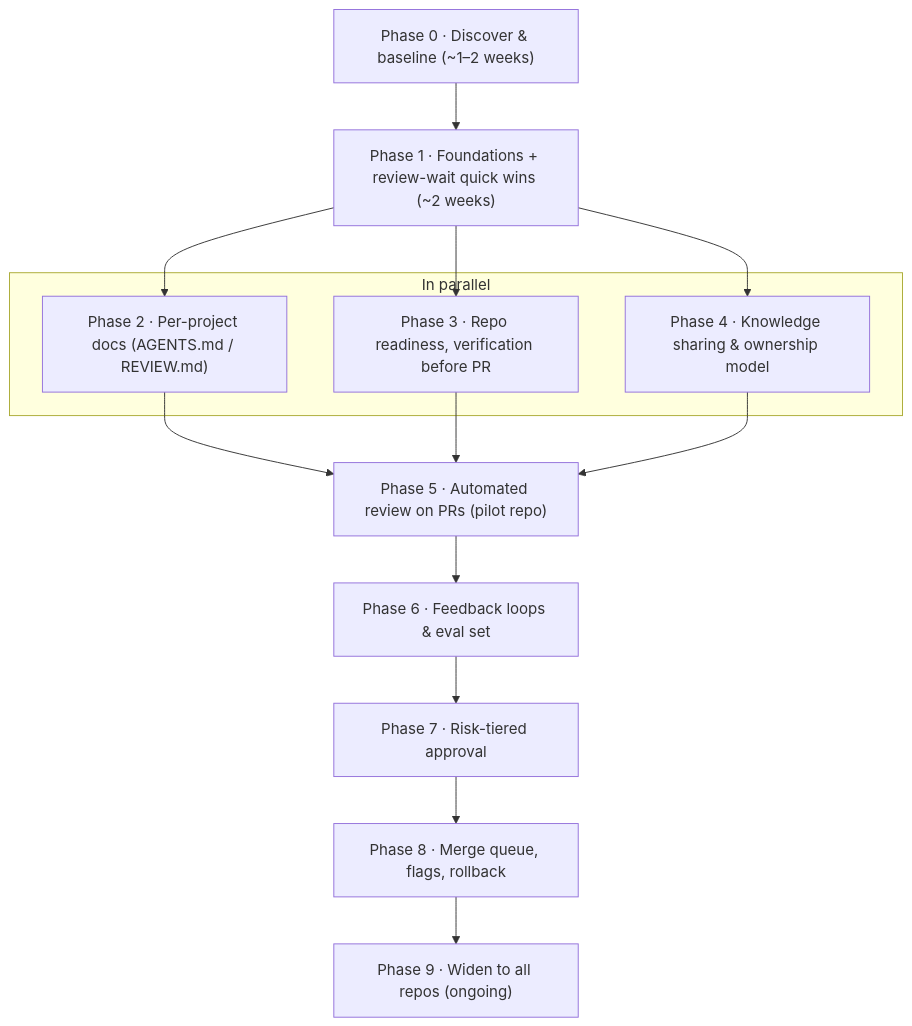
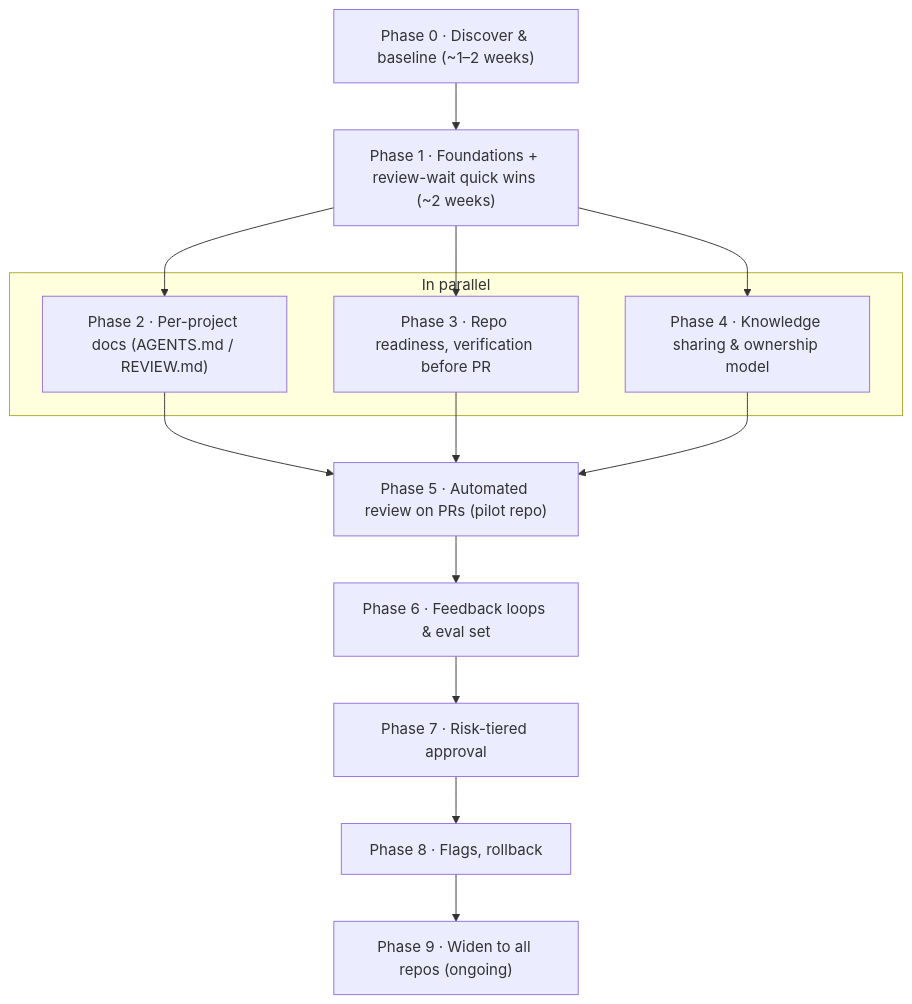
Before and after one commit to artsiom-bukhautsou/review-process: the diagram in 01-steps.md, drawn with Mermaid. The commit also changed other lines of this file and 8 other files, not shown here.

````diff
--- a/01-steps.md
+++ b/01-steps.md
@@ -17,19 +17,19 @@
 ```mermaid
 flowchart TD
     P0["Phase 0 · Discover #amp; baseline (~1–2 weeks)"]
     P1["Phase 1 · Foundations + review-wait quick wins (~2 weeks)"]
     subgraph parallel["In parallel"]
         P2["Phase 2 · Per-project docs (AGENTS.md / REVIEW.md)"]
         P3["Phase 3 · Repo readiness, verification before PR"]
         P4["Phase 4 · Knowledge sharing #amp; ownership model"]
     end
     P5["Phase 5 · Automated review on PRs (pilot repo)"]
     P6["Phase 6 · Feedback loops #amp; eval set"]
     P7["Phase 7 · Risk-tiered approval"]
-    P8["Phase 8 · Merge queue, flags, rollback"]
+    P8["Phase 8 · Flags, rollback"]
     P9["Phase 9 · Widen to all repos (ongoing)"]
     P0 --> P1
     P1 --> P2 & P3 & P4
     P2 & P3 & P4 --> P5
     P5 --> P6 --> P7 --> P8 --> P9
 ```
````
